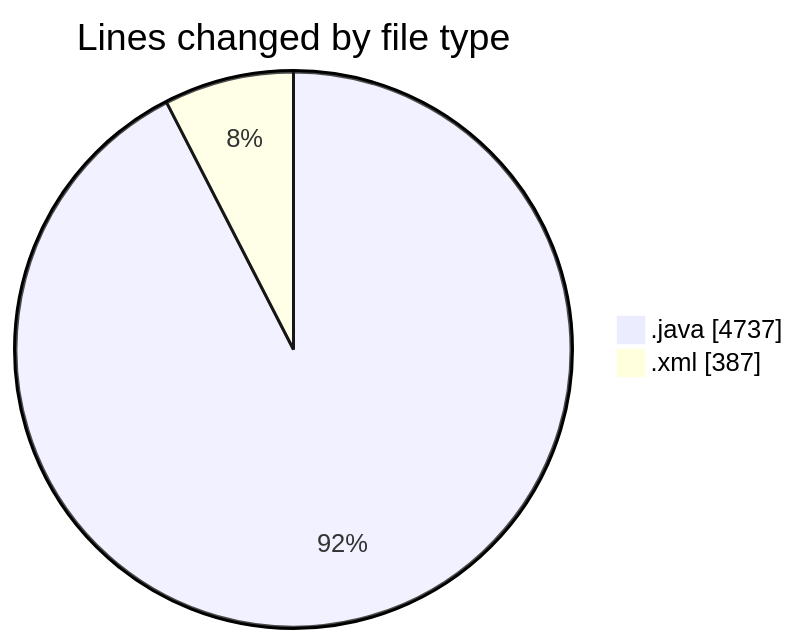
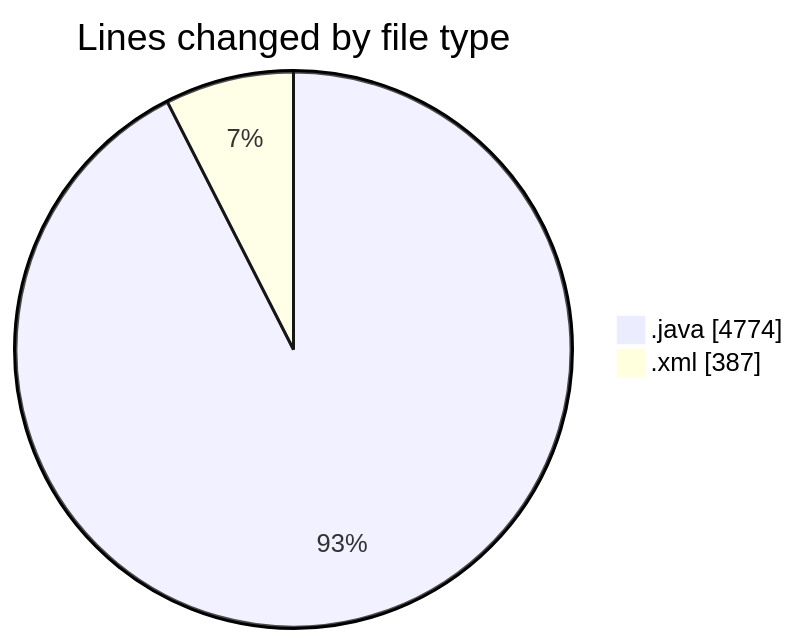
One commit to charlie-sans/code-tracking changed the first of 2 diagrams in 2025-05-01/jmasm/README.md. Above: the diagram before and after it, drawn with Mermaid. The commit also changed other lines of this file and 1 other file, not shown here.

````diff
--- a/2025-05-01/jmasm/README.md
+++ b/2025-05-01/jmasm/README.md
@@ -29,6 +30,6 @@
 ```mermaid
 pie showData
 title Lines changed by file type
-".java" : 4737
+".java" : 4774
 ".xml" : 387
 ```
````
